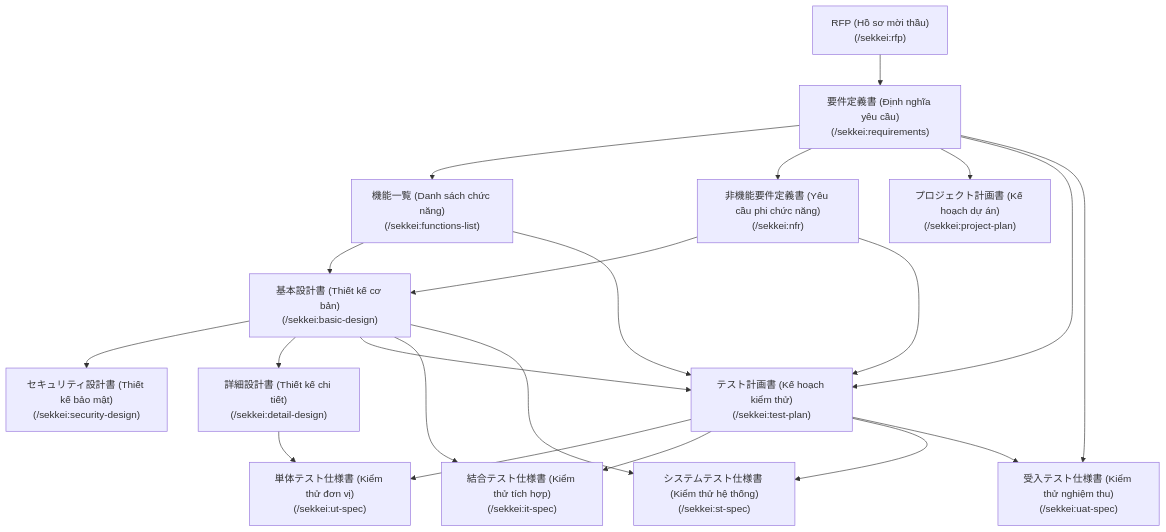
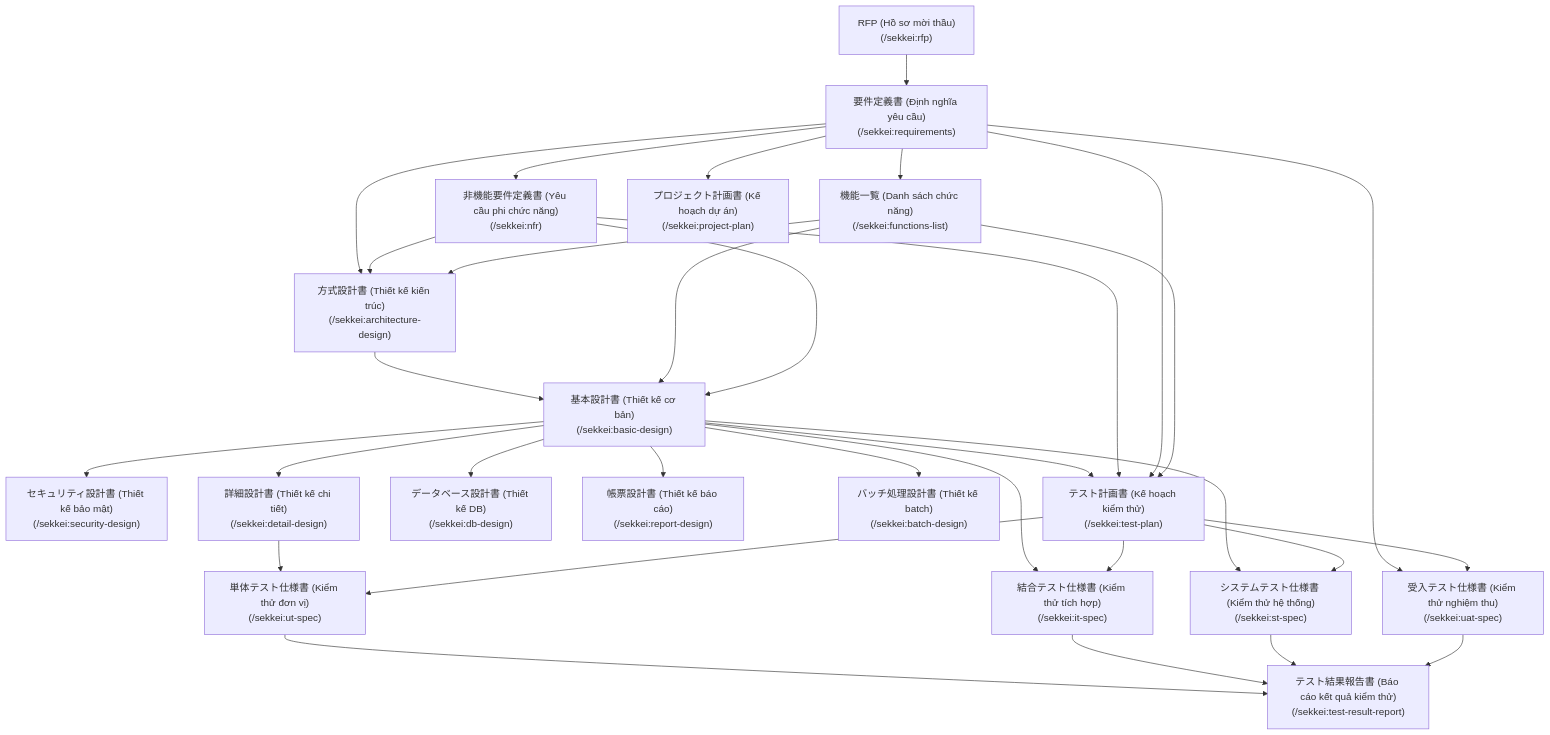
The second of 3 diagrams in docs/user-guide/02-v-model-and-documents.md (bienhoang/sekkei-ai-agents), drawn with Mermaid before and after one commit. The commit also changed other lines of this file and 7 other files, not shown here.

````diff
--- a/docs/user-guide/02-v-model-and-documents.md
+++ b/docs/user-guide/02-v-model-and-documents.md
@@ -42,23 +42,34 @@
 ```mermaid
 flowchart TD
     RFP["RFP (Hồ sơ mời thầu)\n(/sekkei:rfp)"] --> REQ["要件定義書 (Định nghĩa yêu cầu)\n(/sekkei:requirements)"]
     REQ --> FL["機能一覧 (Danh sách chức năng)\n(/sekkei:functions-list)"]
     REQ --> NFR["非機能要件定義書 (Yêu cầu phi chức năng)\n(/sekkei:nfr)"]
     REQ --> PP["プロジェクト計画書 (Kế hoạch dự án)\n(/sekkei:project-plan)"]
-    FL --> BD["基本設計書 (Thiết kế cơ bản)\n(/sekkei:basic-design)"]
+    REQ --> ARCH["方式設計書 (Thiết kế kiến trúc)\n(/sekkei:architecture-design)"]
+    NFR --> ARCH
+    FL --> ARCH
+    ARCH --> BD["基本設計書 (Thiết kế cơ bản)\n(/sekkei:basic-design)"]
+    FL --> BD
     NFR --> BD
     BD --> SD["セキュリティ設計書 (Thiết kế bảo mật)\n(/sekkei:security-design)"]
     BD --> DD["詳細設計書 (Thiết kế chi tiết)\n(/sekkei:detail-design)"]
+    BD --> DB["データベース設計書 (Thiết kế DB)\n(/sekkei:db-design)"]
+    BD --> RPT["帳票設計書 (Thiết kế báo cáo)\n(/sekkei:report-design)"]
+    BD --> BATCH["バッチ処理設計書 (Thiết kế batch)\n(/sekkei:batch-design)"]
     BD --> TP["テスト計画書 (Kế hoạch kiểm thử)\n(/sekkei:test-plan)"]
     NFR --> TP
     REQ --> TP
     FL --> TP
     DD --> UT["単体テスト仕様書 (Kiểm thử đơn vị)\n(/sekkei:ut-spec)"]
     BD --> IT["結合テスト仕様書 (Kiểm thử tích hợp)\n(/sekkei:it-spec)"]
     BD --> ST["システムテスト仕様書 (Kiểm thử hệ thống)\n(/sekkei:st-spec)"]
     REQ --> UAT["受入テスト仕様書 (Kiểm thử nghiệm thu)\n(/sekkei:uat-spec)"]
     TP --> UT
     TP --> IT
     TP --> ST
     TP --> UAT
+    UT --> TRR["テスト結果報告書 (Báo cáo kết quả kiểm thử)\n(/sekkei:test-result-report)"]
+    IT --> TRR
+    ST --> TRR
+    UAT --> TRR
 ```
````
